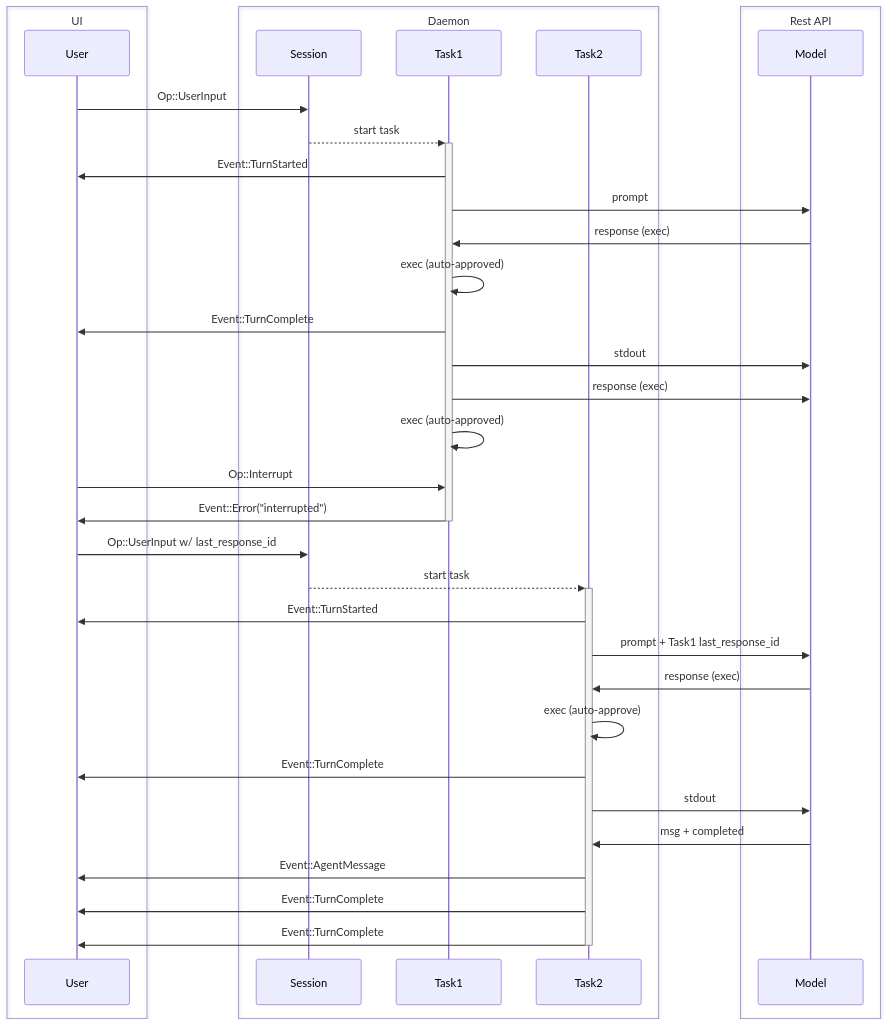
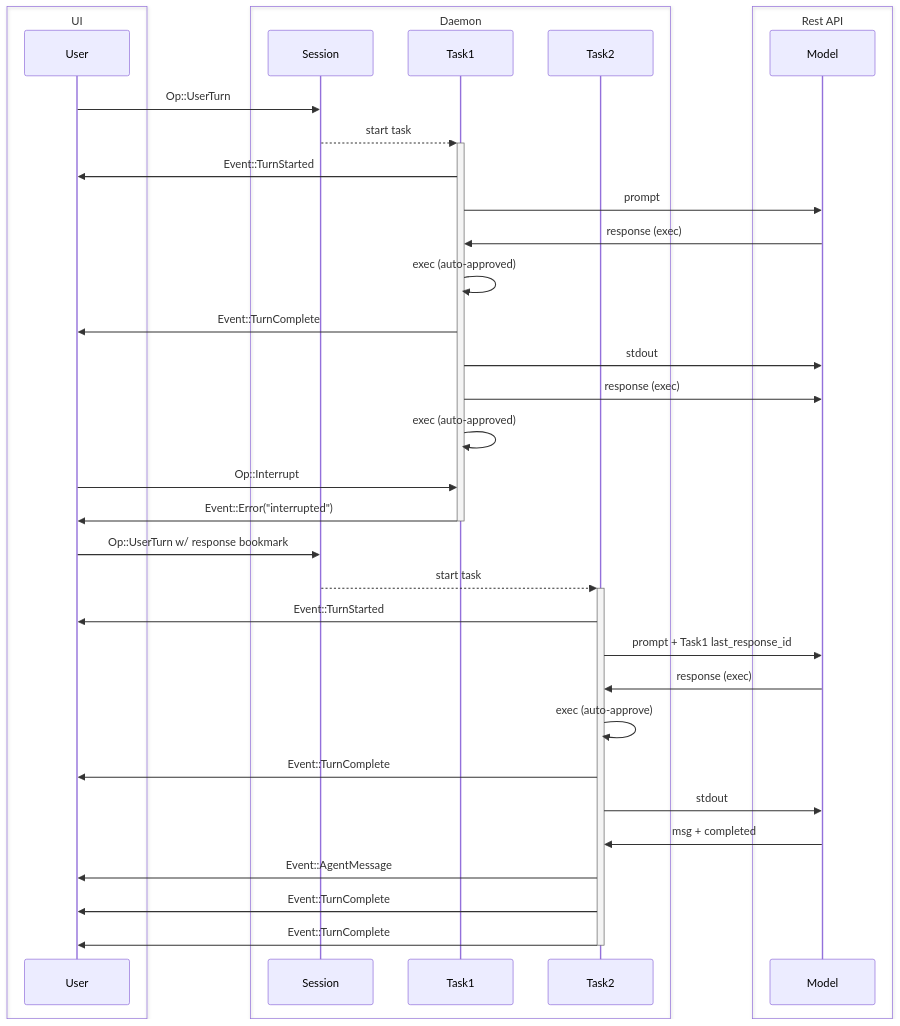
One commit to openai/codex changed the second of 2 diagrams in codex-rs/docs/protocol_v1.md. Above: the diagram before and after it, drawn with Mermaid. The commit also changed other lines of this file and 10 other files, not shown here.

Commit message:
Prefer UserTurn over UserInput

````diff
--- a/codex-rs/docs/protocol_v1.md
+++ b/codex-rs/docs/protocol_v1.md
@@ -142,38 +143,38 @@
 ```mermaid
 sequenceDiagram
     box UI
     participant user as User
     end
     box Daemon
     participant session as Session
     participant task1 as Task1
     participant task2 as Task2
     end
     box Rest API
     participant agent as Model
     end
-    user->>session: Op::UserInput
+    user->>session: Op::UserTurn
     session-->>+task1: start task
     task1->>user: Event::TurnStarted
     task1->>agent: prompt
     agent->>task1: response (exec)
     task1->>task1: exec (auto-approved)
     task1->>user: Event::TurnComplete
     task1->>agent: stdout
     task1->>agent: response (exec)
     task1->>task1: exec (auto-approved)
     user->>task1: Op::Interrupt
     task1->>-user: Event::Error("interrupted")
-    user->>session: Op::UserInput w/ last_response_id
+    user->>session: Op::UserTurn w/ response bookmark
     session-->>+task2: start task
     task2->>user: Event::TurnStarted
     task2->>agent: prompt + Task1 last_response_id
     agent->>task2: response (exec)
     task2->>task2: exec (auto-approve)
     task2->>user: Event::TurnComplete
     task2->>agent: stdout
     agent->>task2: msg + completed
     task2->>user: Event::AgentMessage
     task2->>user: Event::TurnComplete
     task2->>-user: Event::TurnComplete
 ```
````
